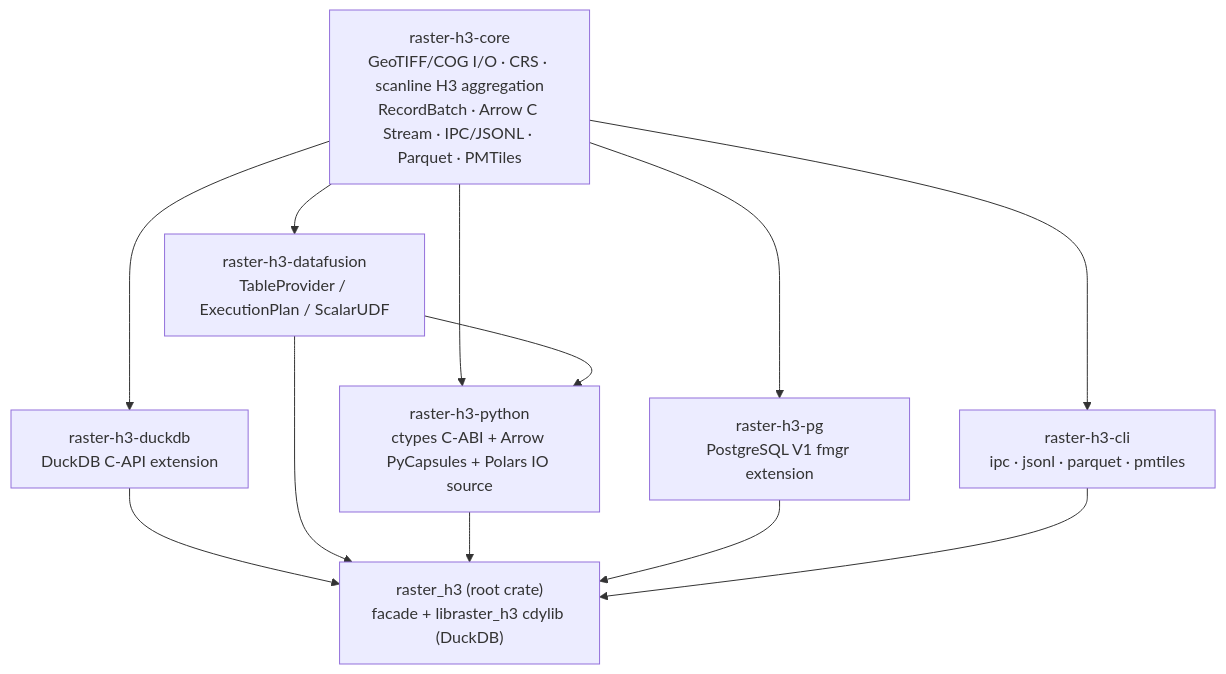
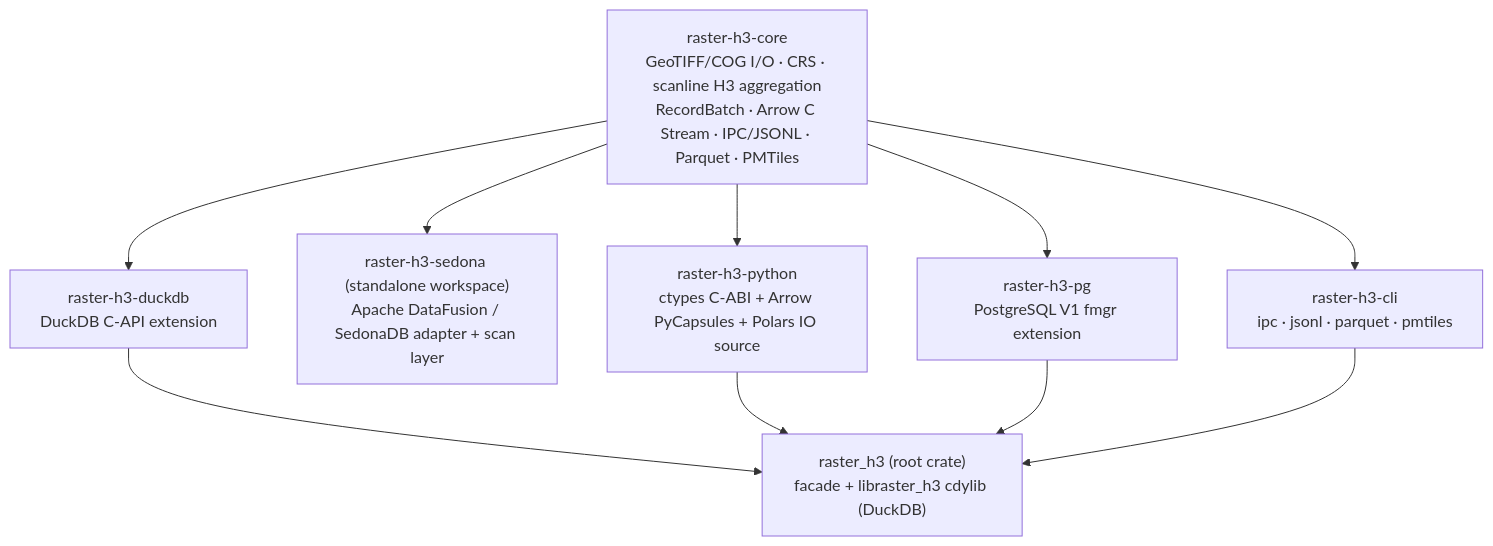
Before and after one commit to dmuldrew/raster_h3: the diagram in docs/engines/README.md, drawn with Mermaid. The commit also changed other lines of this file and 23 other files, not shown here.

First line of the commit message:
refactor(sedona): rename the scan traits, drop the catalog, update docs

````diff
--- a/docs/engines/README.md
+++ b/docs/engines/README.md
@@ -11,13 +11,12 @@
 ```mermaid
 flowchart TD
     CORE["raster-h3-core<br/>GeoTIFF/COG I/O · CRS · scanline H3 aggregation<br/>RecordBatch · Arrow C Stream · IPC/JSONL · Parquet · PMTiles"]
     DUCK["raster-h3-duckdb<br/>DuckDB C-API extension"]
-    DF["raster-h3-datafusion<br/>TableProvider / ExecutionPlan / ScalarUDF"]
+    SED["raster-h3-sedona (standalone workspace)<br/>Apache DataFusion / SedonaDB adapter + scan layer"]
     PY["raster-h3-python<br/>ctypes C-ABI + Arrow PyCapsules + Polars IO source"]
     PG["raster-h3-pg<br/>PostgreSQL V1 fmgr extension"]
     CLI["raster-h3-cli<br/>ipc · jsonl · parquet · pmtiles"]
     ROOT["raster_h3 (root crate)<br/>facade + libraster_h3 cdylib (DuckDB)"]
-    CORE --> DUCK & DF & PY & PG & CLI
-    DF --> PY
-    DUCK & DF & PY & PG & CLI --> ROOT
+    CORE --> DUCK & SED & PY & PG & CLI
+    DUCK & PY & PG & CLI --> ROOT
 ```
````
